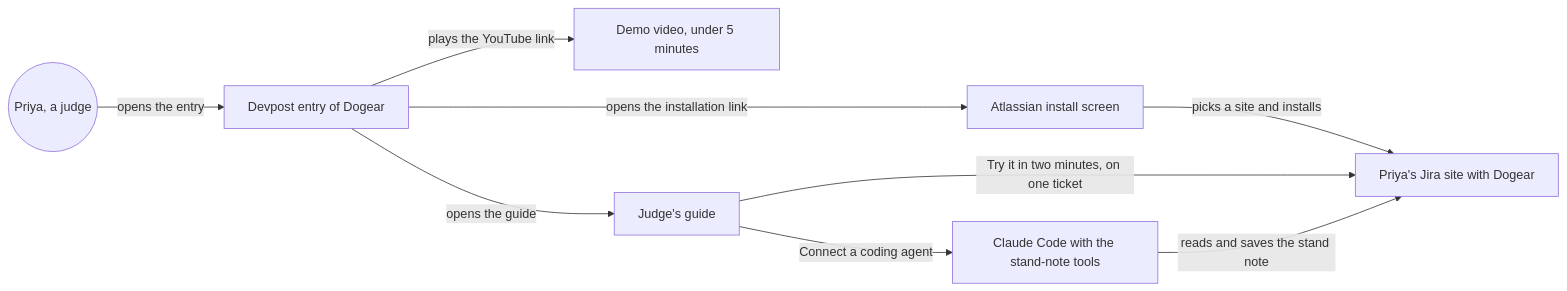
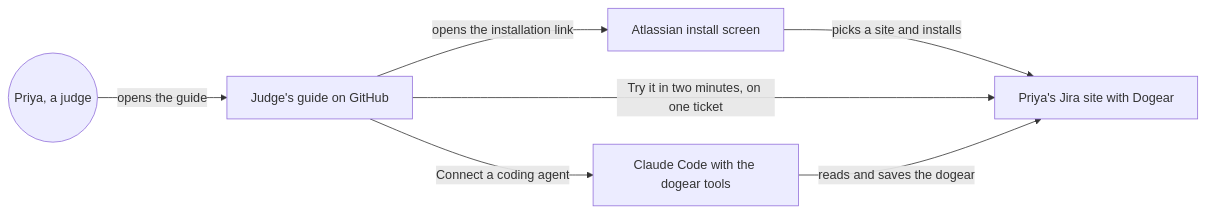
The first of 4 diagrams in docs/specs/judge-ready-entry.md (dzaffren/dogear), drawn with Mermaid before and after one commit. The commit also changed other lines of this file and 17 other files, not shown here.

First line of the commit message:
feat(entry): make Dogear ready for a judge to install and try

````diff
--- a/docs/specs/judge-ready-entry.md
+++ b/docs/specs/judge-ready-entry.md
@@ -75,11 +73,9 @@
 ```mermaid
 flowchart LR
-    J((Priya, a judge)) -- "opens the entry" --> D[Devpost entry of Dogear]
-    D -- "plays the YouTube link" --> V[Demo video, under 5 minutes]
-    D -- "opens the installation link" --> I[Atlassian install screen]
+    J((Priya, a judge)) -- "opens the guide" --> G[Judge's guide on GitHub]
+    G -- "opens the installation link" --> I[Atlassian install screen]
     I -- "picks a site and installs" --> S[Priya's Jira site with Dogear]
-    D -- "opens the guide" --> G[Judge's guide]
     G -- "Try it in two minutes, on one ticket" --> S
-    G -- "Connect a coding agent" --> C[Claude Code with the stand-note tools]
-    C -- "reads and saves the stand note" --> S
+    G -- "Connect a coding agent" --> C[Claude Code with the dogear tools]
+    C -- "reads and saves the dogear" --> S
 ```
````
